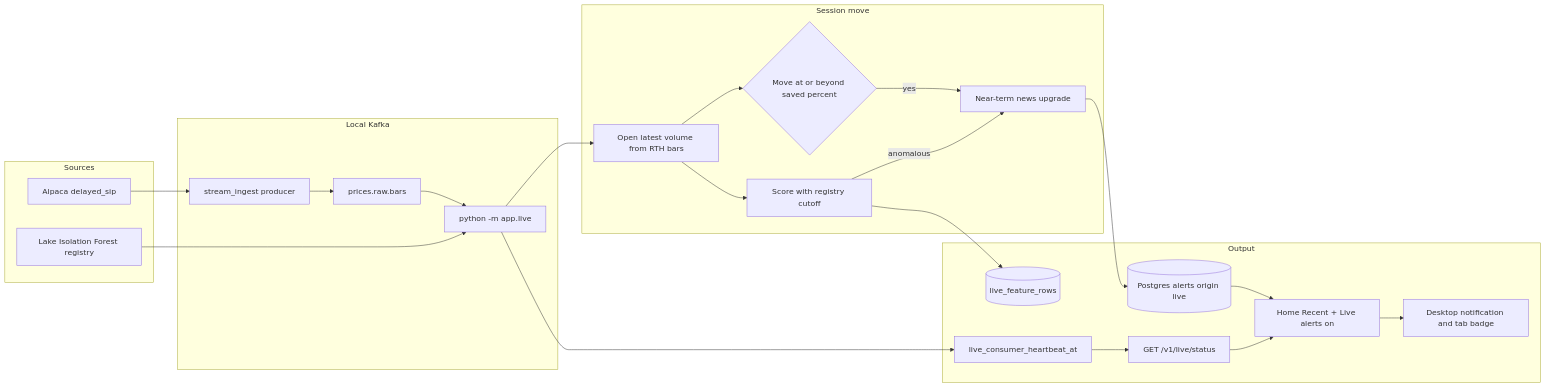
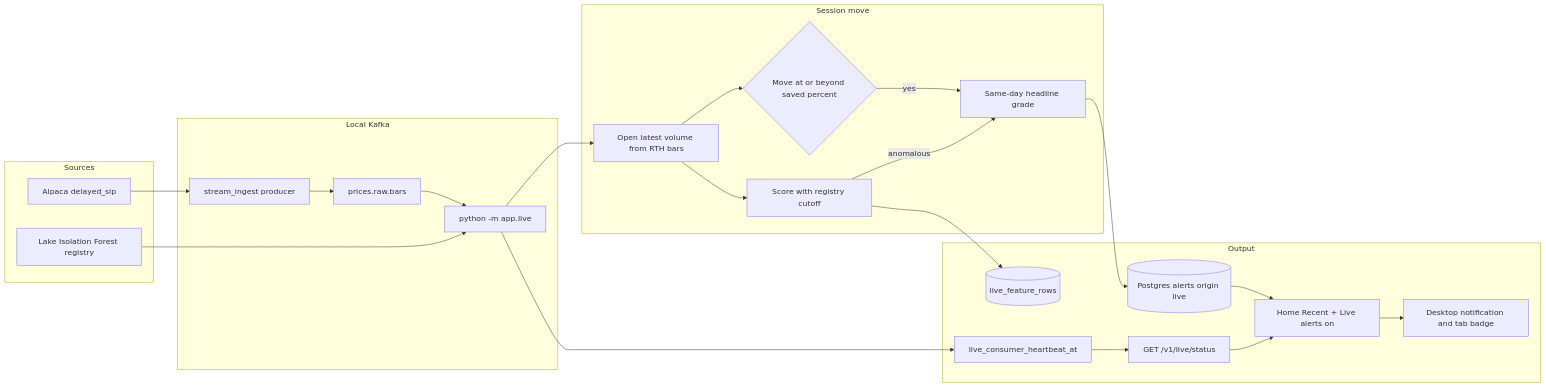
The third of 10 diagrams in docs/architecture.md (sameerde4/ticker-alert-system), drawn with Mermaid before and after one commit. The commit also changed other lines of this file and 5 other files, not shown here.

First line of the commit message:
Frame docs as S&P 500 monitoring with same-day headline grades.

````diff
--- a/docs/architecture.md
+++ b/docs/architecture.md
@@ -236,40 +236,40 @@
 ```mermaid
 flowchart LR
     subgraph sources [Sources]
         ALP[Alpaca delayed_sip]
         REG[Lake Isolation Forest registry]
     end
 
     subgraph bus [Local Kafka]
         PROD[stream_ingest producer]
         TOPIC[prices.raw.bars]
         LIVE[python -m app.live]
     end
 
     subgraph decide [Session move]
         BOOK[Open latest volume from RTH bars]
         RULE2{Move at or beyond saved percent}
         FOREST[Score with registry cutoff]
-        NEWSU[Near-term news upgrade]
+        NEWSU[Same-day headline grade]
     end
 
     subgraph out2 [Output]
         PG[(Postgres alerts origin live)]
         FEAT[(live_feature_rows)]
         BEAT[live_consumer_heartbeat_at]
         API[GET /v1/live/status]
         UI2[Home Recent + Live alerts on]
         NOTE2[Desktop notification and tab badge]
     end
 
     ALP --> PROD --> TOPIC --> LIVE
     REG --> LIVE
     LIVE --> BOOK --> RULE2
     BOOK --> FOREST
     RULE2 -->|yes| NEWSU
     FOREST -->|anomalous| NEWSU
     NEWSU --> PG
     FOREST --> FEAT
     LIVE --> BEAT --> API --> UI2
     PG --> UI2 --> NOTE2
 ```
````
